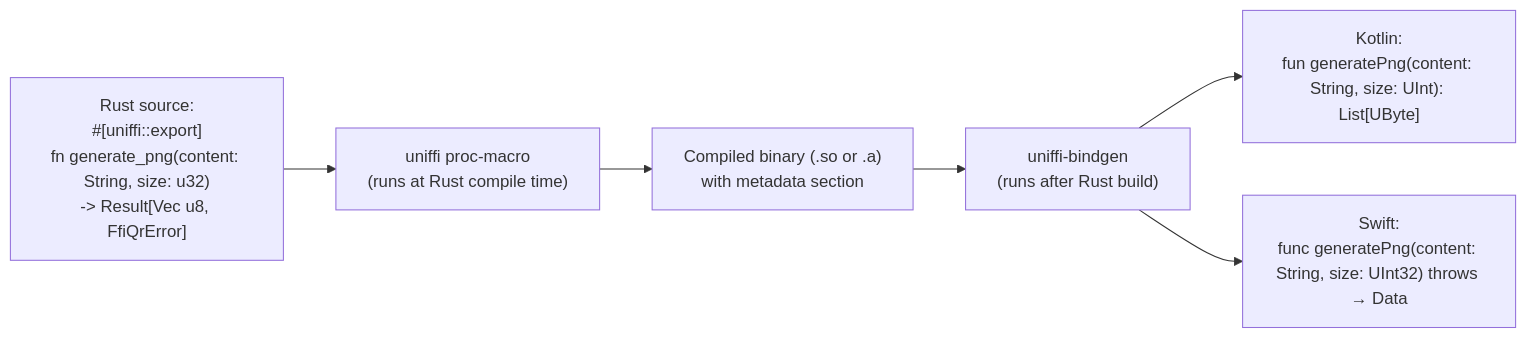
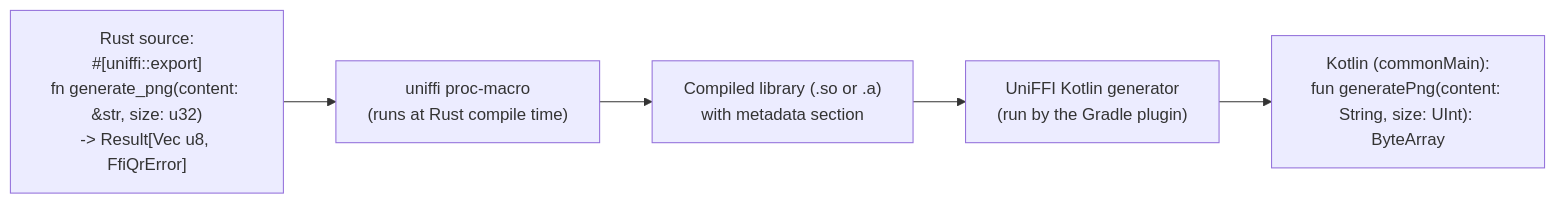
The fifth of 7 diagrams in docs/ARCHITECTURE.md (prasannajeet/RustyQR), drawn with Mermaid before and after one commit. The commit also changed other lines of this file and 25 other files, not shown here.

Commit message:
build(rust): remove the old build pipeline and rewrite ci and docs (#8)

````diff
--- a/docs/ARCHITECTURE.md
+++ b/docs/ARCHITECTURE.md
@@ -356,14 +375,12 @@
 ```mermaid
 graph LR
-    A["Rust source:<br/>#[uniffi::export]<br/>fn generate_png(content: String, size: u32)<br/>-> Result[Vec u8, FfiQrError]"]
+    A["Rust source:<br/>#[uniffi::export]<br/>fn generate_png(content: &str, size: u32)<br/>-> Result[Vec u8, FfiQrError]"]
     B["uniffi proc-macro<br/>(runs at Rust compile time)"]
-    C["Compiled binary (.so or .a)<br/>with metadata section"]
-    D["uniffi-bindgen<br/>(runs after Rust build)"]
-    E["Kotlin:<br/>fun generatePng(content: String, size: UInt): List[UByte]"]
-    F["Swift:<br/>func generatePng(content: String, size: UInt32) throws → Data"]
+    C["Compiled library (.so or .a)<br/>with metadata section"]
+    D["UniFFI Kotlin generator<br/>(run by the Gradle plugin)"]
+    E["Kotlin (commonMain):<br/>fun generatePng(content: String, size: UInt): ByteArray"]
 
     A --> B --> C
     C --> D
     D --> E
-    D --> F
 ```
````
